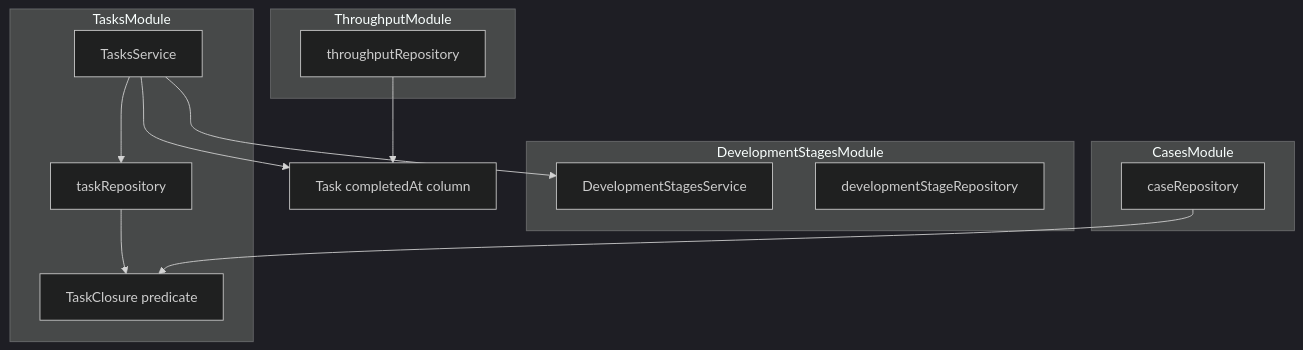
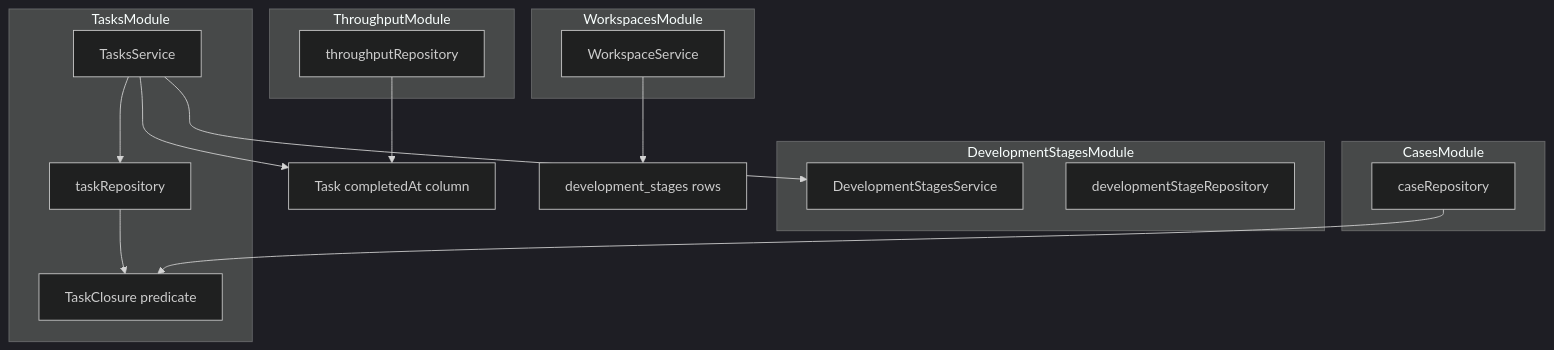
The first of 3 diagrams in .kiro/specs/task-status-model/design.md (karasaki-wasabi/project-task-management), drawn with Mermaid (dark theme) before and after one commit. The commit also changed other lines of this file and 11 other files, not shown here.

````diff
--- a/.kiro/specs/task-status-model/design.md
+++ b/.kiro/specs/task-status-model/design.md
@@ -88,26 +94,31 @@
 ```mermaid
 graph TB
     subgraph DevelopmentStagesModule
         StageService[DevelopmentStagesService]
         StageRepo[developmentStageRepository]
     end
     subgraph TasksModule
         TaskService[TasksService]
         Closure[TaskClosure predicate]
         TaskRepo[taskRepository]
     end
     subgraph CasesModule
         CaseRepo[caseRepository]
     end
+    subgraph WorkspacesModule
+        WorkspaceService[WorkspaceService]
+    end
     subgraph ThroughputModule
         ThroughputRepo[throughputRepository]
     end
     CompletedAt[Task completedAt column]
+    StagesTable[development_stages rows]
 
     TaskService --> StageService
     TaskService --> TaskRepo
     TaskService --> CompletedAt
     TaskRepo --> Closure
     CaseRepo --> Closure
+    WorkspaceService --> StagesTable
     ThroughputRepo --> CompletedAt
 ```
````
